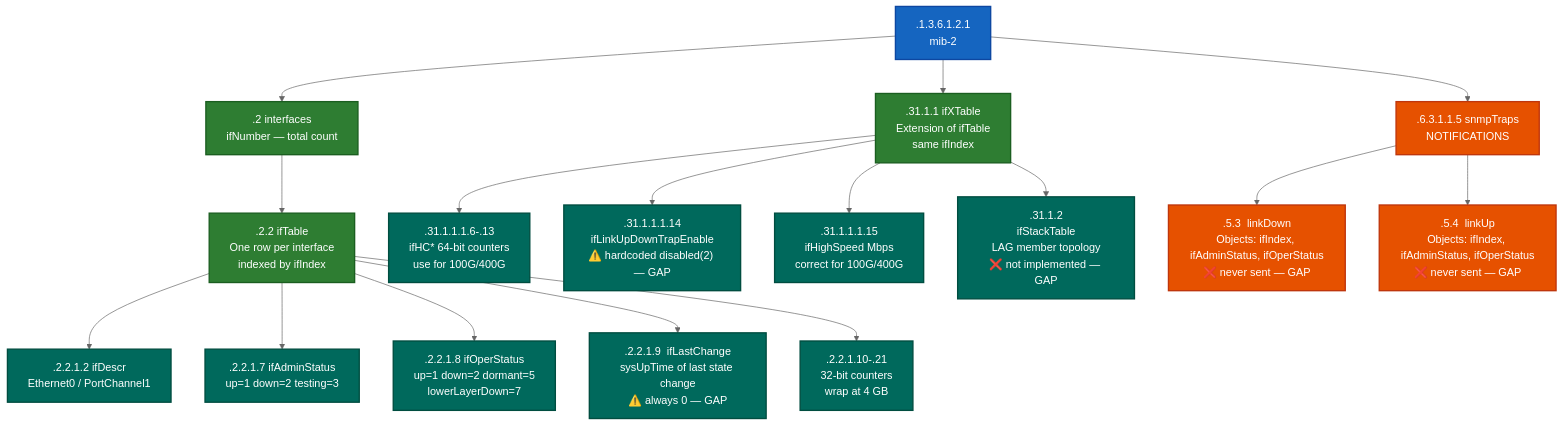
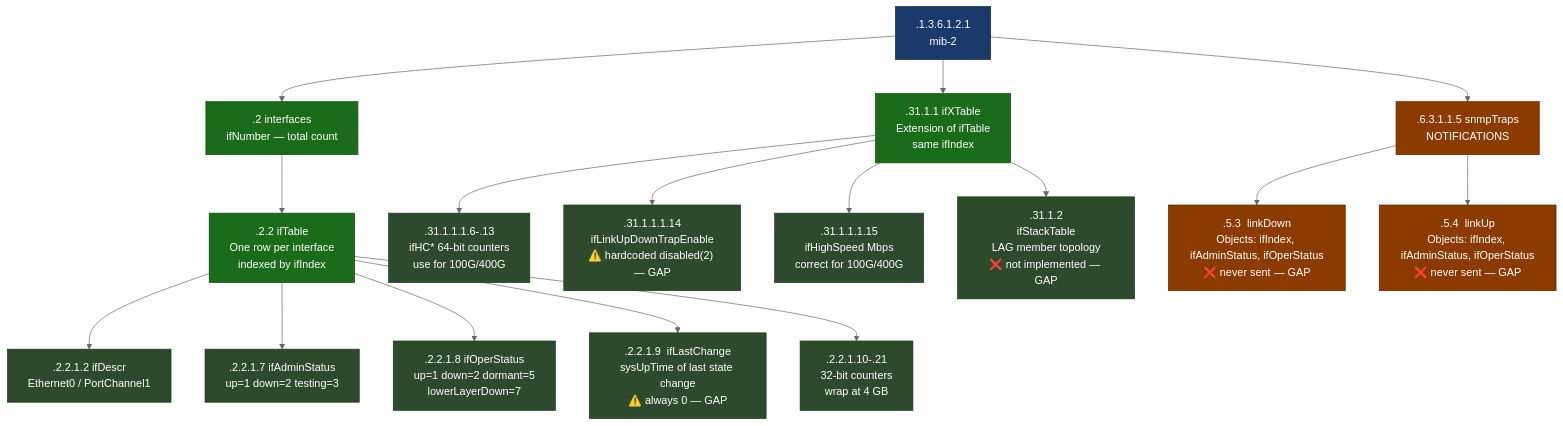
The fifth of 17 diagrams in docs/nms_compliance_gaps.md (thongal-upscale/sonic-snmpagent), drawn with Mermaid (neutral theme) before and after one commit. The commit also changed other lines of this file, not shown here.

````diff
--- a/docs/nms_compliance_gaps.md
+++ b/docs/nms_compliance_gaps.md
@@ -409,31 +409,31 @@
 ```mermaid
 graph TD
-    classDef root fill:#1565C0,color:#fff,stroke:#0D47A1,stroke-width:2px
-    classDef table fill:#2E7D32,color:#fff,stroke:#1B5E20,stroke-width:2px
-    classDef obj fill:#00695C,color:#fff,stroke:#004D40,stroke-width:2px
-    classDef notif fill:#E65100,color:#fff,stroke:#BF360C,stroke-width:2px
+    classDef root fill:#1a3a6b,color:#fff,stroke:#0d2545
+    classDef table fill:#1a6b1a,color:#fff,stroke:#0d4a0d
+    classDef obj fill:#2d4a2d,color:#fff,stroke:#1a331a
+    classDef notif fill:#8b3a00,color:#fff,stroke:#5a2500
 
     ROOT[".1.3.6.1.2.1\nmib-2"]:::root
     IF[".2  interfaces\nifNumber — total count"]:::table
     IFTABLE[".2.2  ifTable\nOne row per interface\nindexed by ifIndex"]:::table
     IFXTABLE[".31.1.1  ifXTable\nExtension of ifTable\nsame ifIndex"]:::table
     NOTIF[".6.3.1.1.5  snmpTraps\nNOTIFICATIONS"]:::notif
 
     ROOT --> IF --> IFTABLE
     ROOT --> IFXTABLE
     ROOT --> NOTIF
 
     IFTABLE --> D1[".2.2.1.2  ifDescr\nEthernet0 / PortChannel1"]:::obj
     IFTABLE --> D2[".2.2.1.7  ifAdminStatus\nup=1 down=2 testing=3"]:::obj
     IFTABLE --> D3[".2.2.1.8  ifOperStatus\nup=1 down=2 dormant=5\nlowerLayerDown=7"]:::obj
     IFTABLE --> D4[".2.2.1.9  ifLastChange\nsysUpTime of last state change\n⚠️ always 0 — GAP"]:::obj
     IFTABLE --> D5[".2.2.1.10-.21\n32-bit counters\nwrap at 4 GB"]:::obj
 
     IFXTABLE --> X1[".31.1.1.1.6-.13\nifHC* 64-bit counters\nuse for 100G/400G"]:::obj
     IFXTABLE --> X2[".31.1.1.1.14\nifLinkUpDownTrapEnable\n⚠️ hardcoded disabled(2) — GAP"]:::obj
     IFXTABLE --> X3[".31.1.1.1.15\nifHighSpeed  Mbps\ncorrect for 100G/400G"]:::obj
     IFXTABLE --> X4[".31.1.2\nifStackTable\nLAG member topology\n❌ not implemented — GAP"]:::obj
 
     NOTIF --> N1[".5.3  linkDown\nObjects: ifIndex, ifAdminStatus, ifOperStatus\n❌ never sent — GAP"]:::notif
     NOTIF --> N2[".5.4  linkUp\nObjects: ifIndex, ifAdminStatus, ifOperStatus\n❌ never sent — GAP"]:::notif
 ```
````
